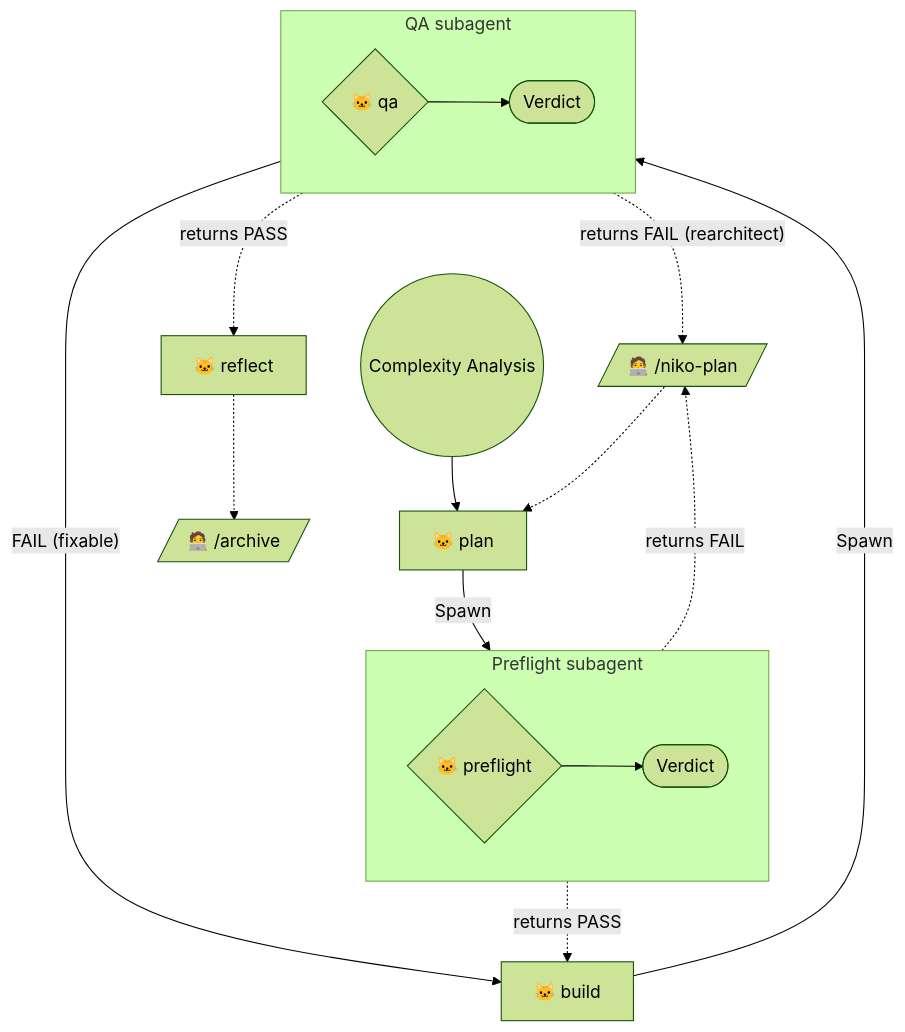
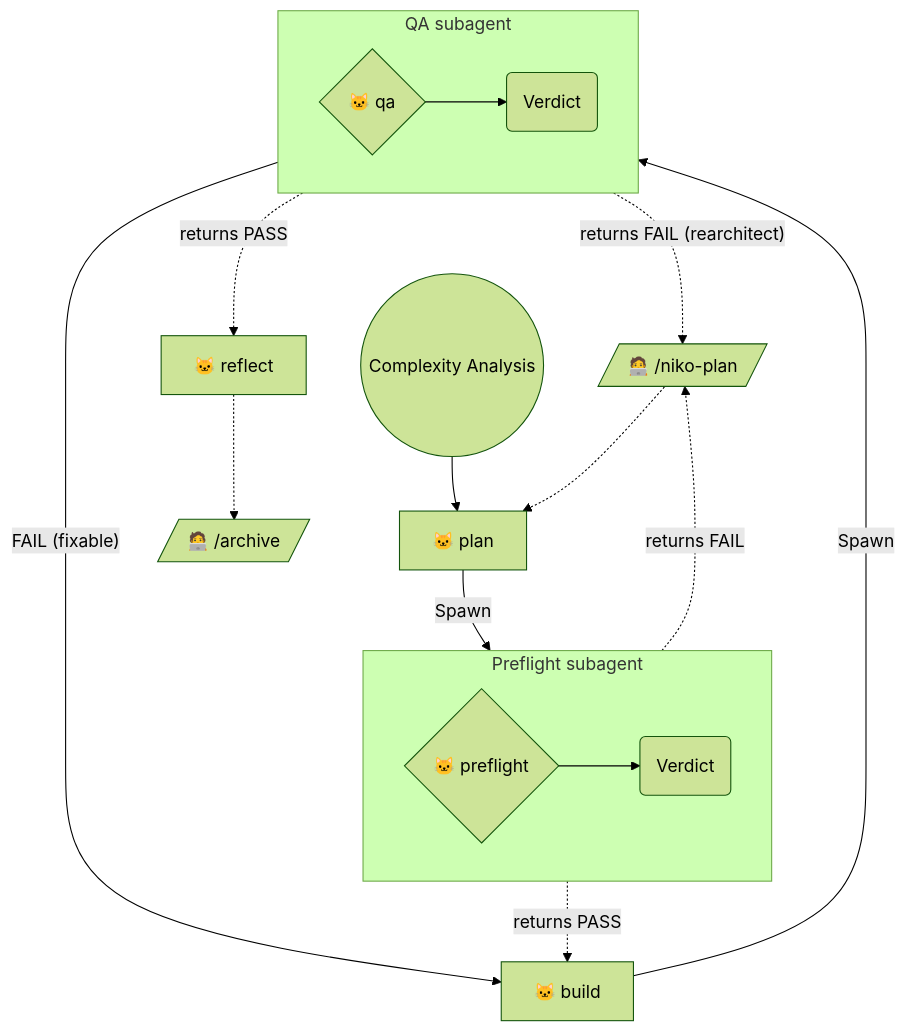
Before and after one commit to Texarkanine/.cursor-rules: the sixth of 11 diagrams in memory-bank/active/creative/creative-l1-verification-diagram.md, drawn with Mermaid (forest theme). The commit also changed other lines of this file and 1 other file, not shown here.

Commit message:
chore: Verdict reuses Done rounded shape, not stadium

````diff
--- a/memory-bank/active/creative/creative-l1-verification-diagram.md
+++ b/memory-bank/active/creative/creative-l1-verification-diagram.md
@@ -158,23 +158,23 @@
 ```mermaid
 graph TD
     Start(("Complexity Analysis")) --> NikoPlan["🐱 plan"]
     NikoPlan --Spawn--> PF
     subgraph PFSA["Preflight subagent"]
         direction LR
-        PF{"🐱 preflight"} --> PFV(["Verdict"])
+        PF{"🐱 preflight"} --> PFV("Verdict")
     end
     PFV -.->|"returns PASS"| NikoBuild["🐱 build"]
     PFV -.->|"returns FAIL"| ManualPlan[/"🧑‍💻 /niko-plan"/]
 
     NikoBuild --Spawn--> QA
     subgraph QASA["QA subagent"]
         direction LR
-        QA{"🐱 qa"} --> QAV(["Verdict"])
+        QA{"🐱 qa"} --> QAV("Verdict")
     end
     QAV -.->|"returns PASS"| NikoReflect["🐱 reflect"]
     NikoReflect -.-> ManualArchive[/"🧑‍💻 /archive"/]
     QAV -->|"FAIL (fixable)"| NikoBuild
     QAV -.->|"returns FAIL (rearchitect)"| ManualPlan
 
     ManualPlan -.-> NikoPlan
 ```
````
